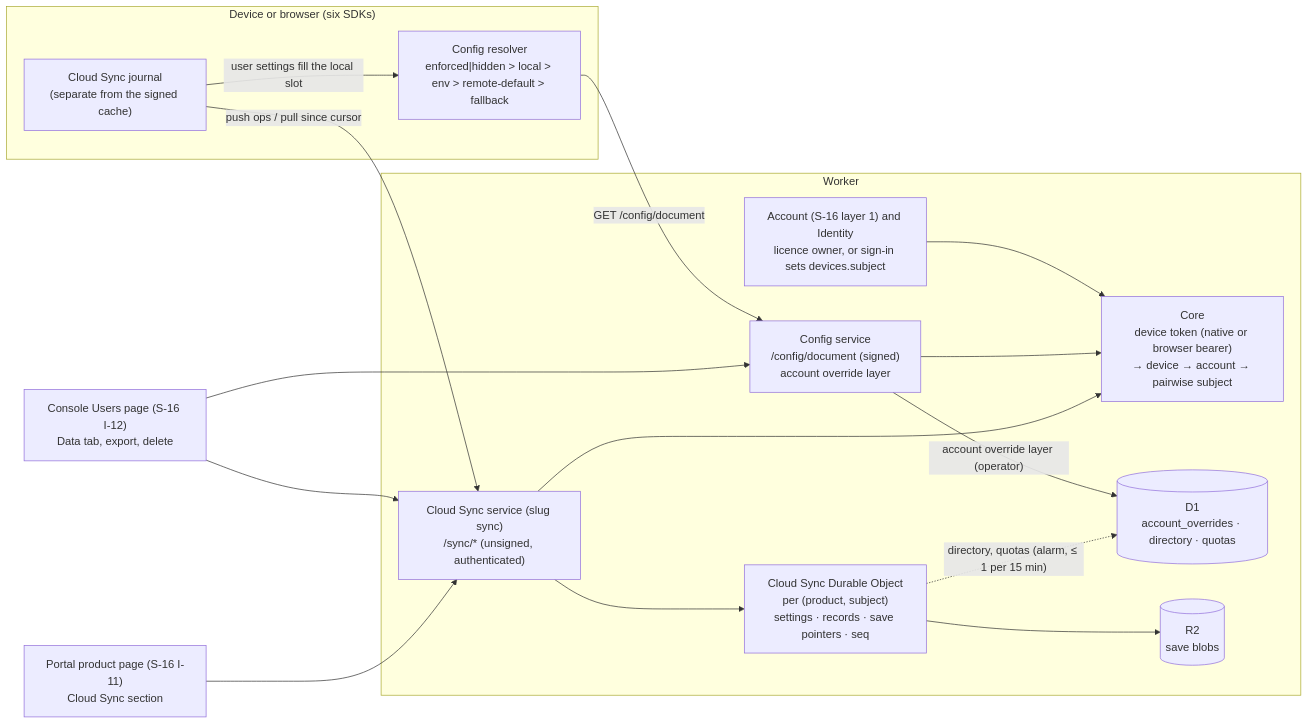
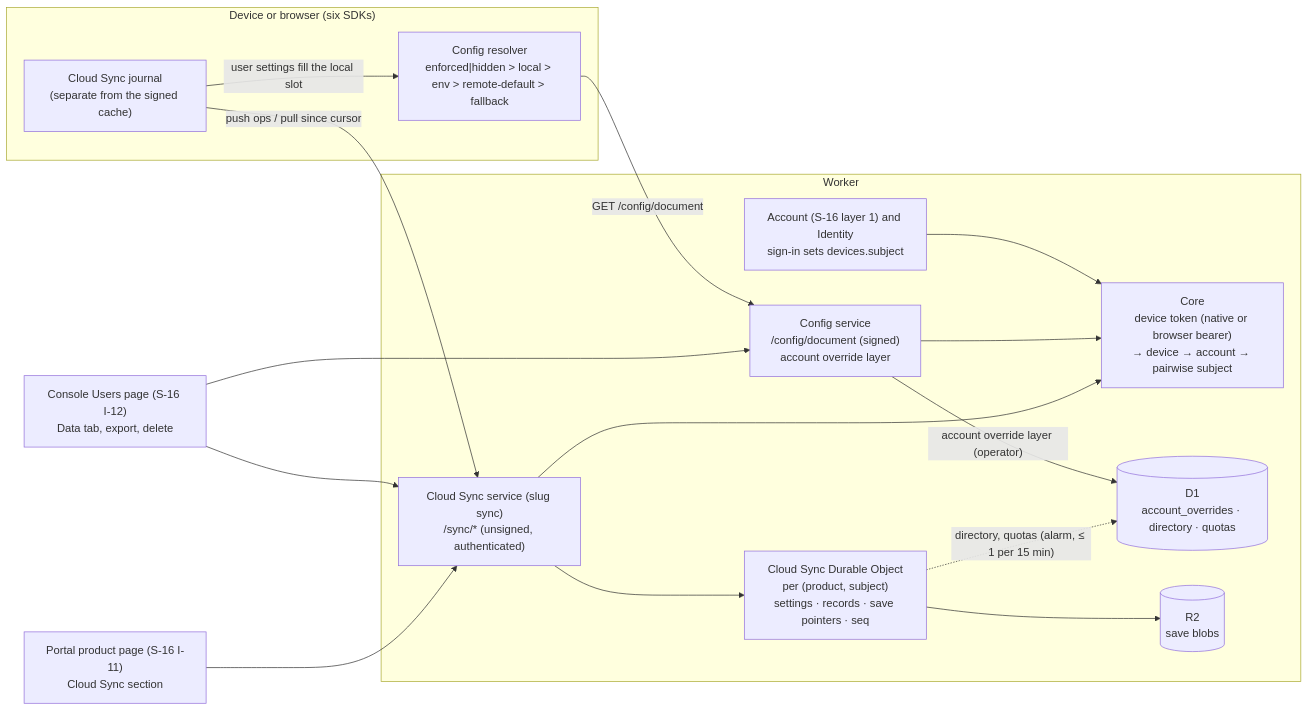
One commit to vladzaharia/polaris-key changed the diagram in docs/research/2026-09-29-godot-omniplatform/notes/S-17-user-data-sync.md. Above: the diagram before and after it, drawn with Mermaid. The commit also changed other lines of this file and 29 other files, not shown here.

Commit message:
Identity + Cloud Sync: owner's final answers (D24/D25/D27, sync needs sign-in)

````diff
--- a/docs/research/2026-09-29-godot-omniplatform/notes/S-17-user-data-sync.md
+++ b/docs/research/2026-09-29-godot-omniplatform/notes/S-17-user-data-sync.md
@@ -238,29 +270,29 @@
 ```mermaid
 flowchart LR
   subgraph Device["Device or browser (six SDKs)"]
     R["Config resolver<br/>enforced|hidden > local > env > remote-default > fallback"]
     J["Cloud Sync journal<br/>(separate from the signed cache)"]
     J -- "user settings fill the local slot" --> R
   end
   subgraph Worker["Worker"]
     CORE["Core<br/>device token (native or browser bearer)<br/>→ device → account → pairwise subject"]
     CFG["Config service<br/>/config/document (signed)<br/>account override layer"]
     SYNC["Cloud Sync service (slug sync)<br/>/sync/* (unsigned, authenticated)"]
     UDO["Cloud Sync Durable Object<br/>per (product, subject)<br/>settings · records · save pointers · seq"]
     D1[("D1<br/>account_overrides · directory · quotas")]
     R2[("R2<br/>save blobs")]
-    ID["Account (S-16 layer 1) and Identity<br/>licence owner, or sign-in sets devices.subject"]
+    ID["Account (S-16 layer 1) and Identity<br/>sign-in sets devices.subject"]
   end
   ID --> CORE
   R -- "GET /config/document" --> CFG
   J -- "push ops / pull since cursor" --> SYNC
   CFG --> CORE
   SYNC --> CORE
   CFG -- "account override layer (operator)" --> D1
   SYNC --> UDO
   UDO --> R2
   UDO -. "directory, quotas (alarm, ≤ 1 per 15 min)" .-> D1
   CON["Console Users page (S-16 I-12)<br/>Data tab, export, delete"] --> SYNC
   CON --> CFG
   POR["Portal product page (S-16 I-11)<br/>Cloud Sync section"] --> SYNC
 ```
````
